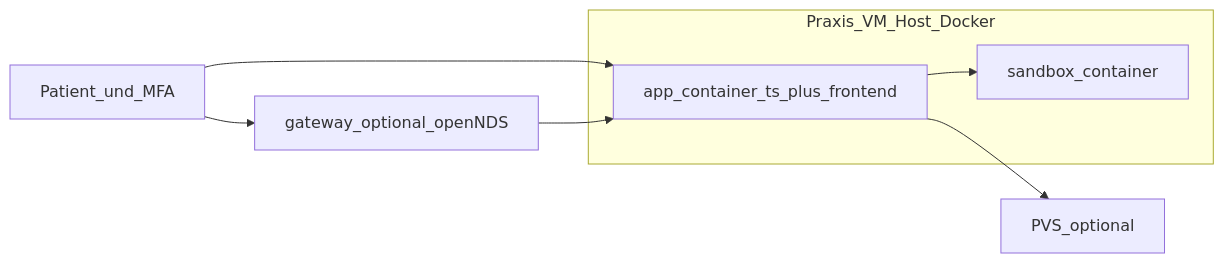
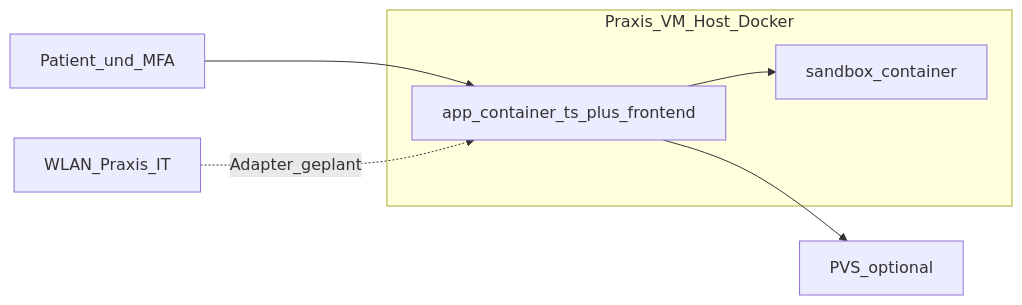
Before and after one commit to nox-do/wartezimmer: the second of 2 diagrams in docs/architecture.md, drawn with Mermaid. The commit also changed other lines of this file and 65 other files, not shown here.

````diff
--- a/docs/architecture.md
+++ b/docs/architecture.md
@@ -92,17 +90,16 @@
 ```mermaid
 flowchart LR
   patient[Patient_und_MFA]
-  gateway[gateway_optional_openNDS]
+  wlanIt[WLAN_Praxis_IT]
   pvs[PVS_optional]
 
   subgraph praxisVmHost [Praxis_VM_Host_Docker]
     app[app_container_ts_plus_frontend]
     sandbox[sandbox_container]
   end
 
   patient --> app
-  patient --> gateway
-  gateway --> app
+  wlanIt -.->|Adapter_geplant| app
   app --> sandbox
   app --> pvs
 ```
````
